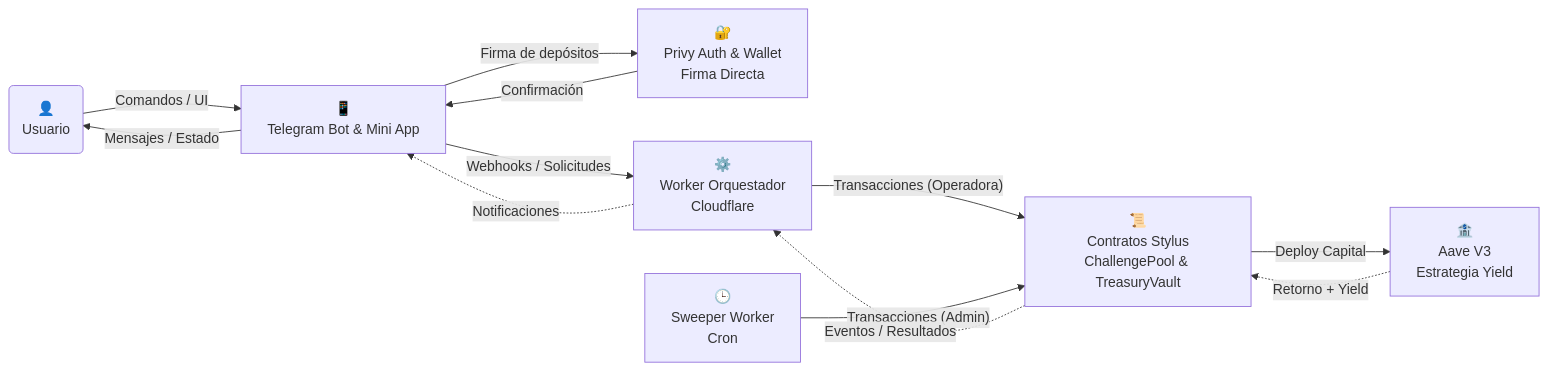
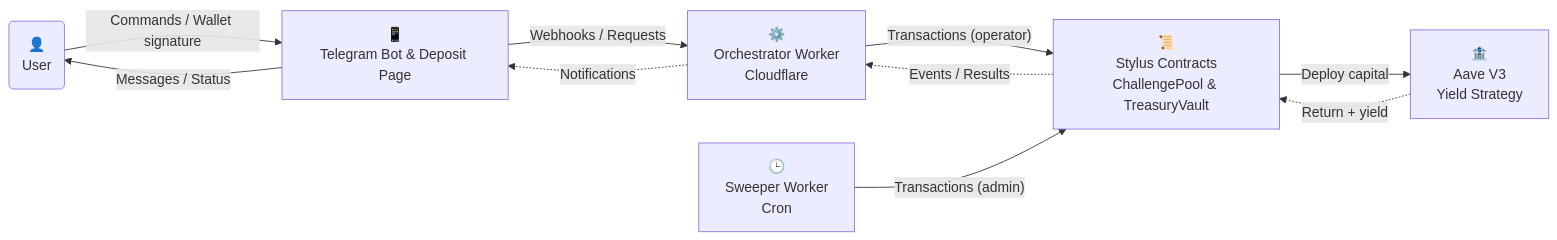
One commit to Zer0-Knowledge-Hack/otter-pot changed the second of 2 diagrams in README.md. Above: the diagram before and after it, drawn with Mermaid. The commit also changed other lines of this file, not shown here.

````diff
--- a/README.md
+++ b/README.md
@@ -74,40 +65,24 @@
 ```mermaid
 graph LR
-    %% Nodes
-    USER(👤<br/>Usuario)
-    
-    FRONTEND[📱<br/>Telegram Bot & Mini App]
-    
-    PRIVY[🔐<br/>Privy Auth & Wallet<br/>Firma Directa]
-    
-    SERVER[⚙️<br/>Worker Orquestador<br/>Cloudflare]
-    
+    USER(👤<br/>User)
+    FRONTEND[📱<br/>Telegram Bot & Deposit Page]
+    SERVER[⚙️<br/>Orchestrator Worker<br/>Cloudflare]
     SWEEPER[🕒<br/>Sweeper Worker<br/>Cron]
+    CONTRACTS[📜<br/>Stylus Contracts<br/>ChallengePool & TreasuryVault]
+    AAVE[🏦<br/>Aave V3<br/>Yield Strategy]
 
-    CONTRACTS[📜<br/>Contratos Stylus<br/>ChallengePool & TreasuryVault]
-    
-    AAVE[🏦<br/>Aave V3<br/>Estrategia Yield]
+    USER -- "Commands / Wallet signature" --> FRONTEND
+    FRONTEND -- "Messages / Status" --> USER
+    FRONTEND -- "Webhooks / Requests" --> SERVER
+    SERVER -. "Notifications" .-> FRONTEND
+    SERVER -- "Transactions (operator)" --> CONTRACTS
+    SWEEPER -- "Transactions (admin)" --> CONTRACTS
+    CONTRACTS -. "Events / Results" .-> SERVER
+    CONTRACTS -- "Deploy capital" --> AAVE
+    AAVE -. "Return + yield" .-> CONTRACTS
 
-    %% User Interaction Path
-    USER -- "Comandos / UI" --> FRONTEND
-    FRONTEND -- "Mensajes / Estado" --> USER
-    
-    FRONTEND -- "Firma de depósitos" --> PRIVY
-    PRIVY -- "Confirmación" --> FRONTEND
-
-    %% Backend Delegation Path
-    FRONTEND -- "Webhooks / Solicitudes" --> SERVER
-    SERVER -. "Notificaciones" .-> FRONTEND
-    
-    SERVER -- "Transacciones (Operadora)" --> CONTRACTS
-    SWEEPER -- "Transacciones (Admin)" --> CONTRACTS
-    CONTRACTS -. "Eventos / Resultados" .-> SERVER
-    
-    CONTRACTS -- "Deploy Capital" --> AAVE
-    AAVE -. "Retorno + Yield" .-> CONTRACTS
-    
     class SERVER backend;
     class SWEEPER backend;
     class CONTRACTS backend;
     class AAVE backend;
 ```
````
